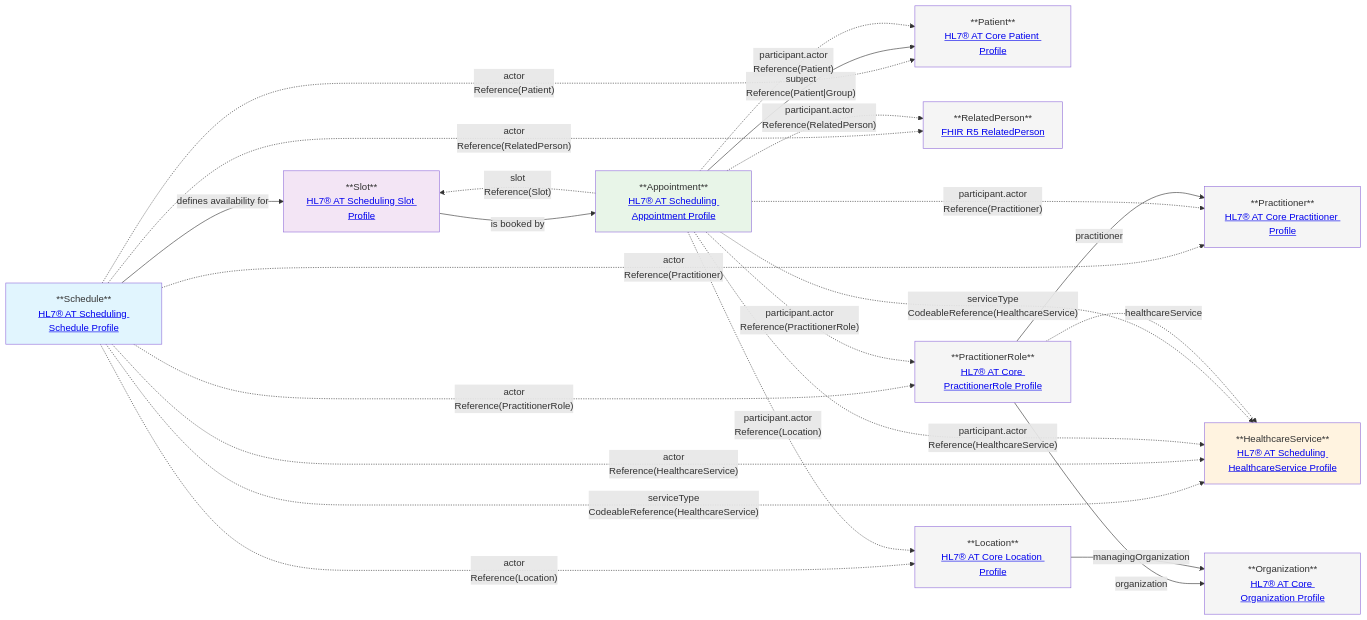
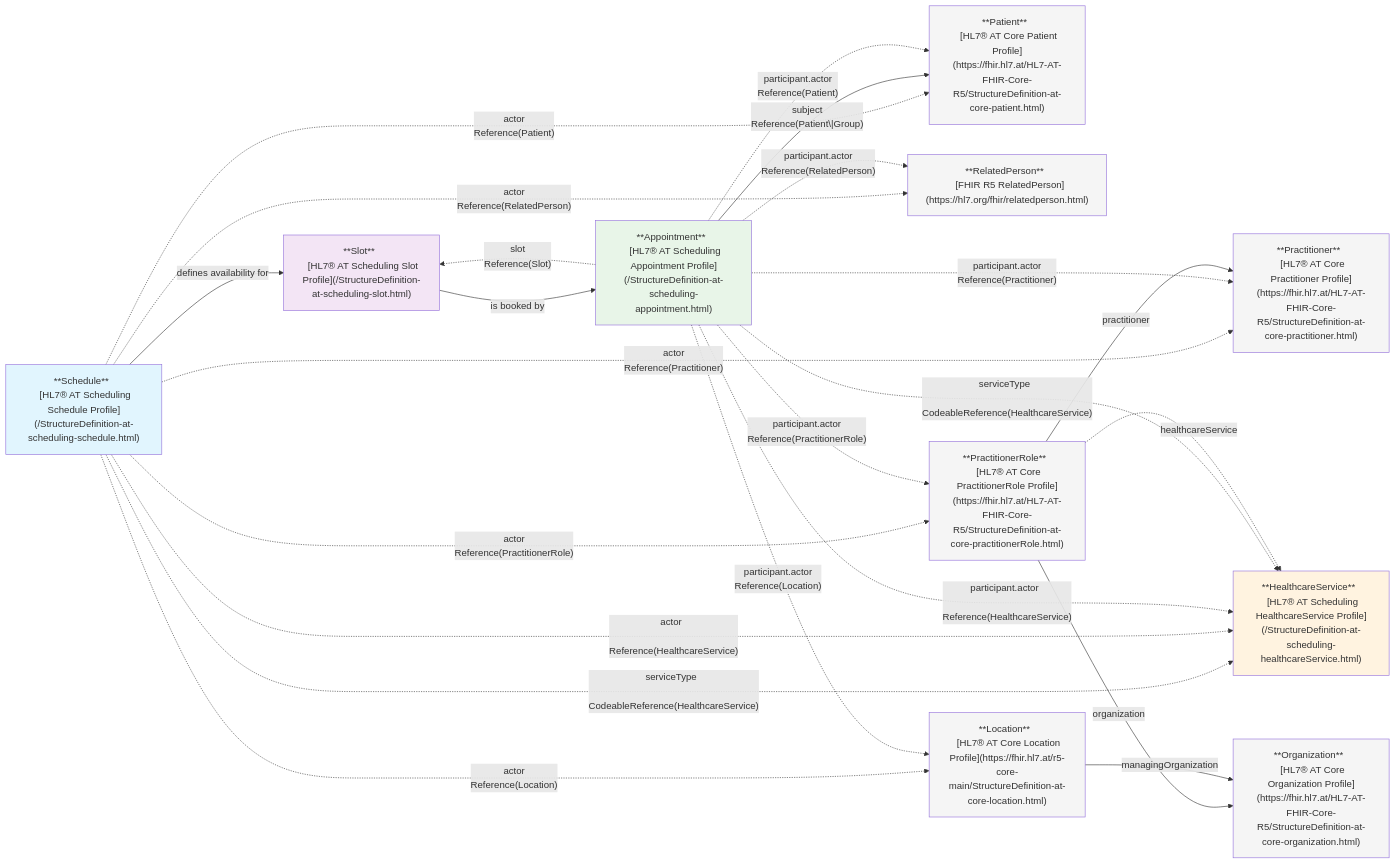
The diagram in r5-TC-FHIR-AG-Scheduling-R5-105-16---grafik-ergänzen/interactions/relationship-diagram.mermaid (HL7Austria/hl7austria.github.io), drawn with Mermaid before and after one commit. The commit also changed 259 other files, not shown here.

Commit message:
deploy: HL7Austria/TC-FHIR-AG-Scheduling-R5@a63f62ec4c14ad4082990edede3982349aea0630

```diff
--- a/r5-TC-FHIR-AG-Scheduling-R5-105-16---grafik-ergänzen/interactions/relationship-diagram.mermaid
+++ b/r5-TC-FHIR-AG-Scheduling-R5-105-16---grafik-ergänzen/interactions/relationship-diagram.mermaid
@@ -1,53 +1,79 @@
 flowchart LR
   %% Core scheduling backbone
-  Schedule["**Schedule**<br/><a href='/StructureDefinition-at-scheduling-schedule.html'>HL7® AT Scheduling Schedule Profile</a>"]:::sched
-  Slot["**Slot**<br/><a href='/StructureDefinition-at-scheduling-slot.html'>HL7® AT Scheduling Slot Profile</a>"]:::slot
-  Appointment["**Appointment**<br/><a href='/StructureDefinition-at-scheduling-appointment.html'>HL7® AT Scheduling Appointment Profile</a>"]:::appt
+  Schedule["**Schedule**  
+  [HL7® AT Scheduling Schedule Profile](/StructureDefinition-at-scheduling-schedule.html)"]:::sched
+  Slot["**Slot**  
+  [HL7® AT Scheduling Slot Profile](/StructureDefinition-at-scheduling-slot.html)"]:::slot
+  Appointment["**Appointment**  
+  [HL7® AT Scheduling Appointment Profile](/StructureDefinition-at-scheduling-appointment.html)"]:::appt
 
   %% Service + participants
-  HealthcareService["**HealthcareService**<br/><a href='/StructureDefinition-at-scheduling-healthcareService.html'>HL7® AT Scheduling HealthcareService Profile</a>"]:::svc
+  HealthcareService["**HealthcareService**  
+  [HL7® AT Scheduling HealthcareService Profile](/StructureDefinition-at-scheduling-healthcareService.html)"]:::svc
 
-  Patient["**Patient**<br/><a href='https://fhir.hl7.at/HL7-AT-FHIR-Core-R5/StructureDefinition-at-core-patient.html'>HL7® AT Core Patient Profile</a>"]:::core
-  RelatedPerson["**RelatedPerson**<br/><a href='https://hl7.org/fhir/relatedperson.html'>FHIR R5 RelatedPerson</a>"]:::core
-  Practitioner["**Practitioner**<br/><a href='https://fhir.hl7.at/HL7-AT-FHIR-Core-R5/StructureDefinition-at-core-practitioner.html'>HL7® AT Core Practitioner Profile</a>"]:::core
-  PractitionerRole["**PractitionerRole**<br/><a href='https://fhir.hl7.at/HL7-AT-FHIR-Core-R5/StructureDefinition-at-core-practitionerRole.html'>HL7® AT Core PractitionerRole Profile</a>"]:::core
-  Organization["**Organization**<br/><a href='https://fhir.hl7.at/HL7-AT-FHIR-Core-R5/StructureDefinition-at-core-organization.html'>HL7® AT Core Organization Profile</a>"]:::core
-  Location["**Location**<br/><a href='https://fhir.hl7.at/r5-core-main/StructureDefinition-at-core-location.html'>HL7® AT Core Location Profile</a>"]:::core
+  Patient["**Patient**  
+  [HL7® AT Core Patient Profile](https://fhir.hl7.at/HL7-AT-FHIR-Core-R5/StructureDefinition-at-core-patient.html)"]:::core
+  RelatedPerson["**RelatedPerson**  
+  [FHIR R5 RelatedPerson](https://hl7.org/fhir/relatedperson.html)"]:::core
+  Practitioner["**Practitioner**  
+  [HL7® AT Core Practitioner Profile](https://fhir.hl7.at/HL7-AT-FHIR-Core-R5/StructureDefinition-at-core-practitioner.html)"]:::core
+  PractitionerRole["**PractitionerRole**  
+  [HL7® AT Core PractitionerRole Profile](https://fhir.hl7.at/HL7-AT-FHIR-Core-R5/StructureDefinition-at-core-practitionerRole.html)"]:::core
+  Organization["**Organization**  
+  [HL7® AT Core Organization Profile](https://fhir.hl7.at/HL7-AT-FHIR-Core-R5/StructureDefinition-at-core-organization.html)"]:::core
+  Location["**Location**  
+  [HL7® AT Core Location Profile](https://fhir.hl7.at/r5-core-main/StructureDefinition-at-core-location.html)"]:::core
 
   %% Relationships Schedule/Slot/Appointment
   Schedule -->|"defines availability for"| Slot
   Slot -->|"is booked by"| Appointment
-  Schedule -. "serviceType<br/>CodeableReference(HealthcareService)" .-> HealthcareService
-  Schedule -. "actor<br/>Reference(Patient)" .-> Patient
-  Schedule -. "actor<br/>Reference(Practitioner)" .-> Practitioner
-  Schedule -. "actor<br/>Reference(PractitionerRole)" .-> PractitionerRole
-  Schedule -. "actor<br/>Reference(RelatedPerson)" .-> RelatedPerson
-  Schedule -. "actor<br/>Reference(HealthcareService)" .-> HealthcareService
-  Schedule -. "actor<br/>Reference(Location)" .-> Location
+  Schedule -. "serviceType  
+  CodeableReference(HealthcareService)" .-> HealthcareService
+  Schedule -. "actor  
+  Reference(Patient)" .-> Patient
+  Schedule -. "actor  
+  Reference(Practitioner)" .-> Practitioner
+  Schedule -. "actor  
+  Reference(PractitionerRole)" .-> PractitionerRole
+  Schedule -. "actor  
+  Reference(RelatedPerson)" .-> RelatedPerson
+  Schedule -. "actor  
+  Reference(HealthcareService)" .-> HealthcareService
+  Schedule -. "actor  
+  Reference(Location)" .-> Location
 
   %% Relationships Appointment -> participants
-  Appointment -->|"subject<br/>Reference(Patient|Group)"| Patient
-  Appointment -. "participant.actor<br/>Reference(Patient)" .-> Patient
-  Appointment -. "participant.actor<br/>Reference(RelatedPerson)" .-> RelatedPerson
-  Appointment -. "participant.actor<br/>Reference(Practitioner)" .-> Practitioner
-  Appointment -. "participant.actor<br/>Reference(PractitionerRole)" .-> PractitionerRole
-  Appointment -. "participant.actor<br/>Reference(HealthcareService)" .-> HealthcareService
-  Appointment -. "participant.actor<br/>Reference(Location)" .-> Location
+  Appointment -->|"subject  
+  Reference(Patient\|Group)"| Patient
+  Appointment -. "participant.actor  
+  Reference(Patient)" .-> Patient
+  Appointment -. "participant.actor  
+  Reference(RelatedPerson)" .-> RelatedPerson
+  Appointment -. "participant.actor  
+  Reference(Practitioner)" .-> Practitioner
+  Appointment -. "participant.actor  
+  Reference(PractitionerRole)" .-> PractitionerRole
+  Appointment -. "participant.actor  
+  Reference(HealthcareService)" .-> HealthcareService
+  Appointment -. "participant.actor  
+  Reference(Location)" .-> Location
 
-  Appointment -. "serviceType<br/>CodeableReference(HealthcareService)" .-> HealthcareService
-  Appointment -. "slot<br/>Reference(Slot)" .-> Slot
+  Appointment -. "serviceType  
+  CodeableReference(HealthcareService)" .-> HealthcareService
+  Appointment -. "slot  
+  Reference(Slot)" .-> Slot
 
   %% PractitionerRole context
   PractitionerRole -->|"practitioner"| Practitioner
   PractitionerRole -->|"organization"| Organization
   PractitionerRole -. "healthcareService" .-> HealthcareService
 
   %% Location context
   Location -->|"managingOrganization"| Organization
 
  %% Styles
   classDef sched fill:#e1f5fe
   classDef slot fill:#f3e5f5
   classDef appt fill:#e8f5e8
   classDef svc fill:#fff3e0
   classDef core fill:#f5f5f5
```
